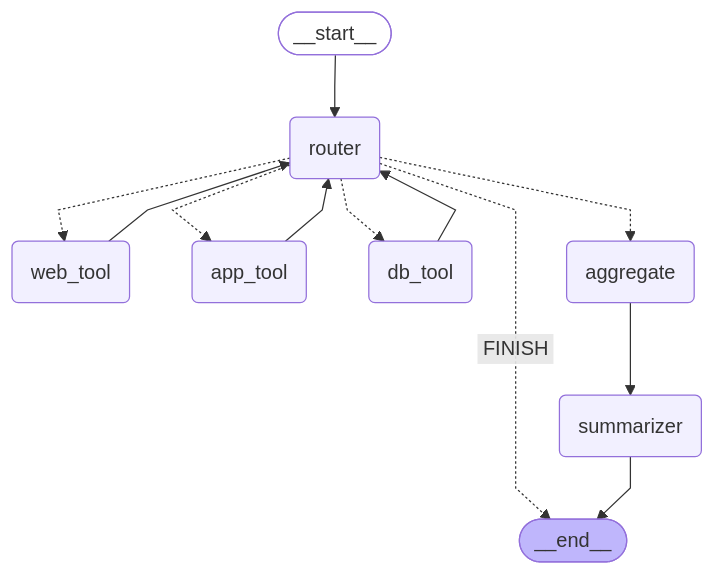
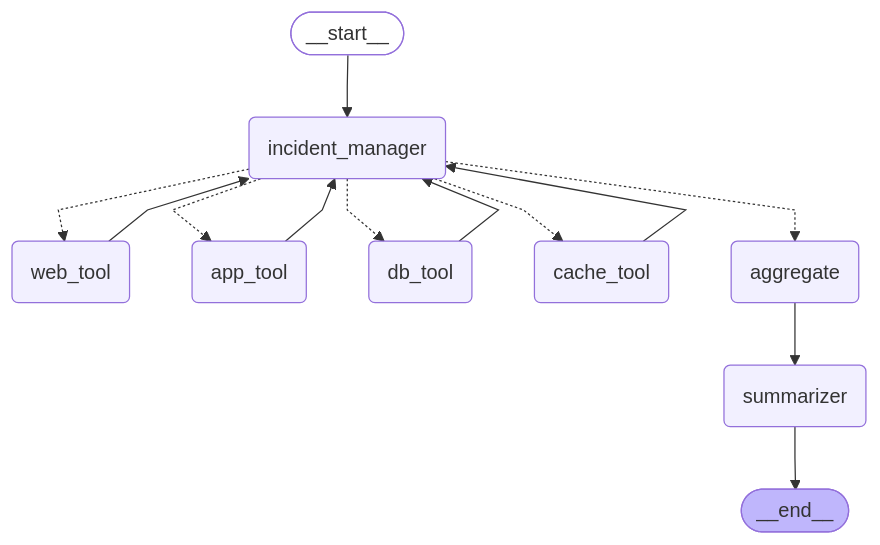
One commit to anilsharmay/SREnity changed the diagram in backend/notebooks/graph_structure.mmd. Above: the diagram before and after it, drawn with Mermaid. The commit also changed 16 other files, not shown here.

```diff
--- a/backend/notebooks/graph_structure.mmd
+++ b/backend/notebooks/graph_structure.mmd
@@ -1,28 +1,30 @@
 ---
 config:
   flowchart:
     curve: linear
 ---
 graph TD;
 	__start__([<p>__start__</p>]):::first
-	router(router)
+	incident_manager(incident_manager)
 	web_tool(web_tool)
 	app_tool(app_tool)
 	db_tool(db_tool)
+	cache_tool(cache_tool)
 	aggregate(aggregate)
 	summarizer(summarizer)
 	__end__([<p>__end__</p>]):::last
-	__start__ --> router;
+	__start__ --> incident_manager;
 	aggregate --> summarizer;
-	app_tool --> router;
-	db_tool --> router;
-	router -. &nbsp;FINISH&nbsp; .-> __end__;
-	router -.-> aggregate;
-	router -.-> app_tool;
-	router -.-> db_tool;
-	router -.-> web_tool;
-	web_tool --> router;
+	app_tool --> incident_manager;
+	cache_tool --> incident_manager;
+	db_tool --> incident_manager;
+	incident_manager -.-> aggregate;
+	incident_manager -.-> app_tool;
+	incident_manager -.-> cache_tool;
+	incident_manager -.-> db_tool;
+	incident_manager -.-> web_tool;
+	web_tool --> incident_manager;
 	summarizer --> __end__;
 	classDef default fill:#f2f0ff,line-height:1.2
 	classDef first fill-opacity:0
 	classDef last fill:#bfb6fc
```
